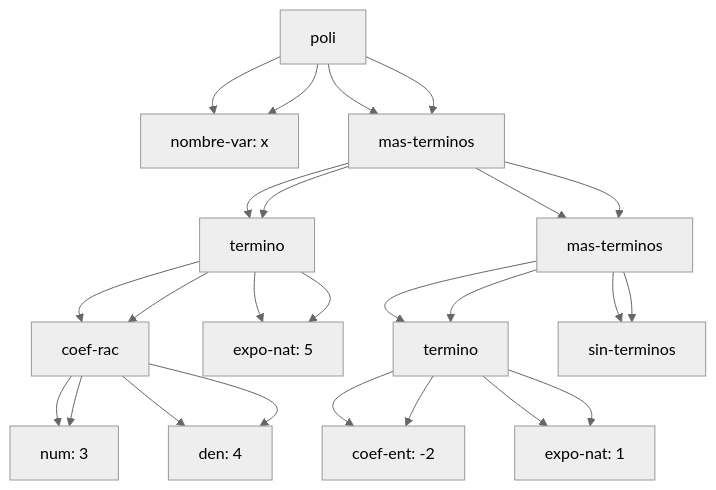
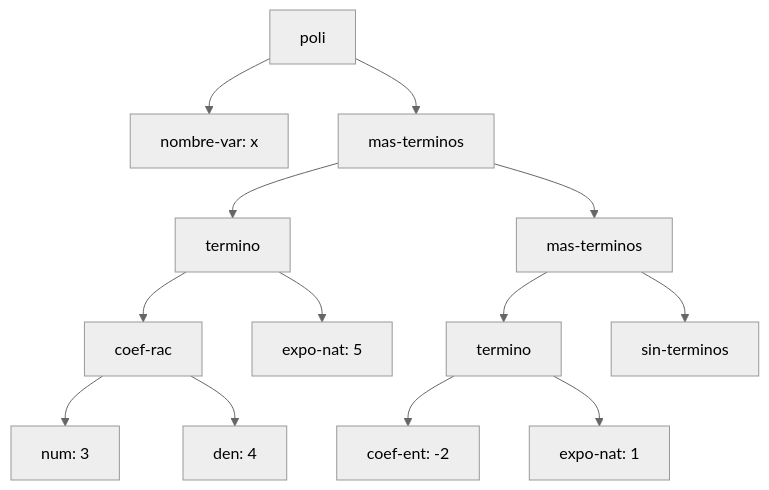
One commit to PROGJUAN317/flp-2026-2-taller-01-polinomios changed the second of 4 diagrams in docs/informe-ast.md. Above: the diagram before and after it, drawn with Mermaid (neutral theme). The commit also changed other lines of this file, not shown here.

````diff
--- a/docs/informe-ast.md
+++ b/docs/informe-ast.md
@@ -126,28 +104,16 @@
 ```mermaid
 graph TD
   A[poli]
   A --> B[nombre-var: x]
   A --> C[mas-terminos]
   C --> D[termino]
   D --> E[coef-rac]
   E --> E1[num: 3]
   E --> E2[den: 4]
   D --> F[expo-nat: 5]
   C --> G[mas-terminos]
   G --> H[termino]
   H --> I[coef-ent: -2]
   H --> J[expo-nat: 1]
   G --> K[sin-terminos]
-  A --> B[nombre-var: x]
-  A --> C[mas-terminos]
-  C --> D[termino]
-  D --> E[coef-rac]
-  E --> E1[num: 3]
-  E --> E2[den: 4]
-  D --> F[expo-nat: 5]
-  C --> G[mas-terminos]
-  G --> H[termino]
-  H --> I[coef-ent: -2]
-  H --> J[expo-nat: 1]
-  G --> K[sin-terminos]
 ```
````
